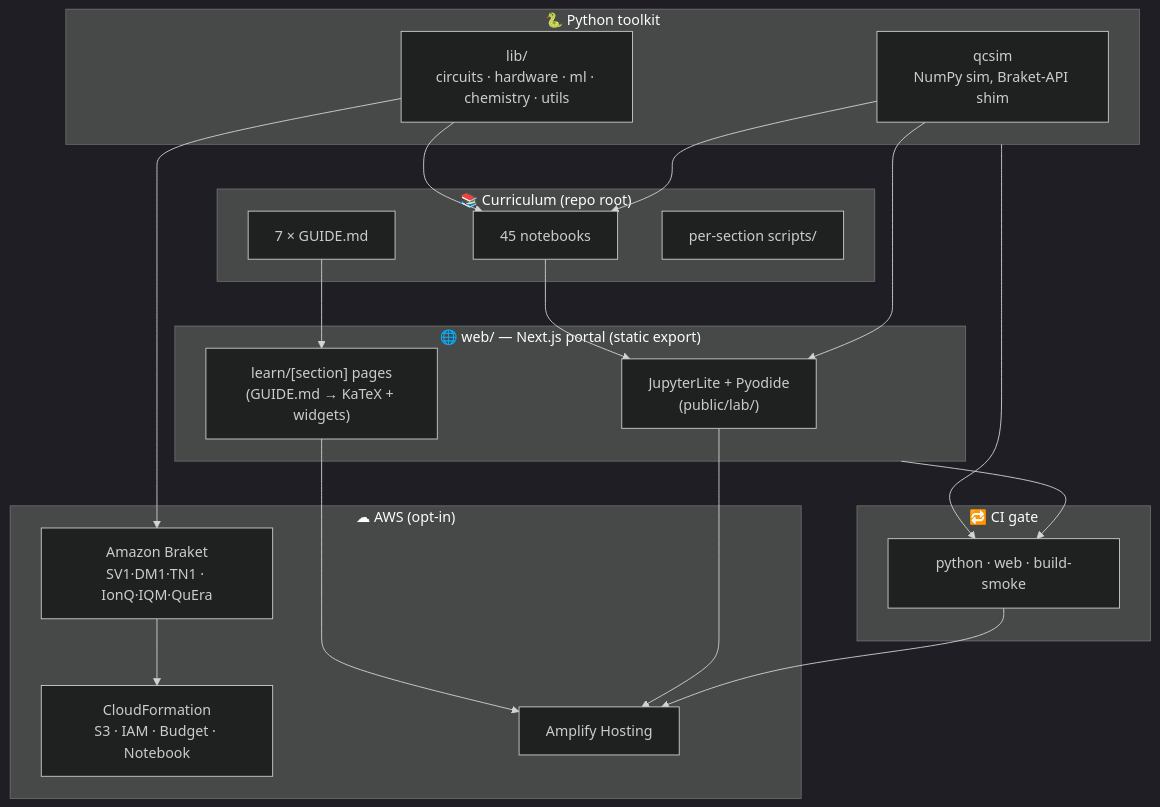
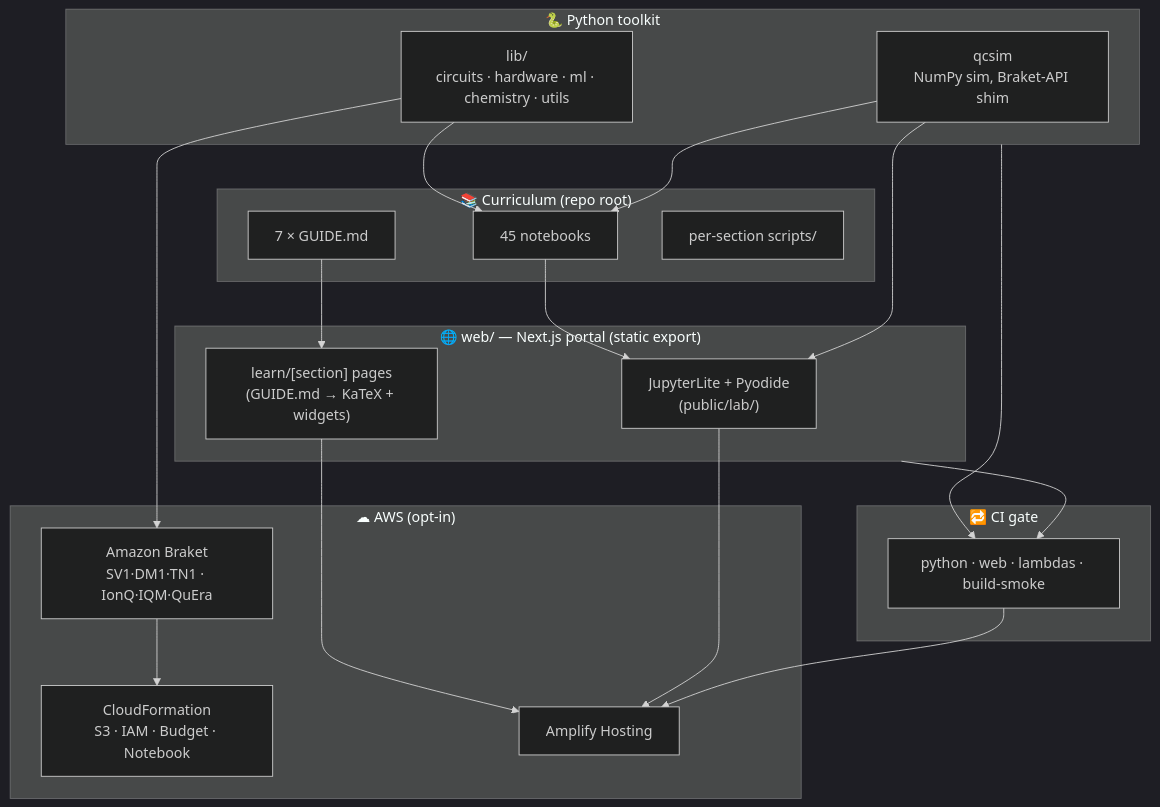
The third of 5 diagrams in README.md (AltivumInc-Admin/quantum-computing), drawn with Mermaid (dark theme) before and after one commit. The commit also changed other lines of this file and 1 other file, not shown here.

First line of the commit message:
docs: refresh README to match the current repo — lambdas, 4-job CI, real counts (#155)

````diff
--- a/README.md
+++ b/README.md
@@ -223,41 +225,41 @@
 ```mermaid
 flowchart TB
     subgraph content["📚 Curriculum (repo root)"]
         guides["7 × GUIDE.md"]
         nbs["45 notebooks"]
         sci["per-section scripts/"]
     end
 
     subgraph py["🐍 Python toolkit"]
         lib["lib/<br/>circuits · hardware · ml · chemistry · utils"]
         qcsim["qcsim<br/>NumPy sim, Braket-API shim"]
     end
 
     subgraph web["🌐 web/ — Next.js portal (static export)"]
         pages["learn/[section] pages<br/>(GUIDE.md → KaTeX + widgets)"]
         lab["JupyterLite + Pyodide<br/>(public/lab/)"]
     end
 
     subgraph aws["☁ AWS (opt-in)"]
         braket["Amazon Braket<br/>SV1·DM1·TN1 · IonQ·IQM·QuEra"]
         infra["CloudFormation<br/>S3 · IAM · Budget · Notebook"]
         amplify["Amplify Hosting"]
     end
 
     lib --> nbs
     qcsim --> nbs
     guides --> pages
     nbs --> lab
     qcsim --> lab
     lib --> braket
     braket --> infra
     pages --> amplify
     lab --> amplify
 
     subgraph ci["🔁 CI gate"]
-        gate["python · web · build-smoke"]
+        gate["python · web · lambdas · build-smoke"]
     end
     py --> gate
     web --> gate
     gate --> amplify
 ```
````
